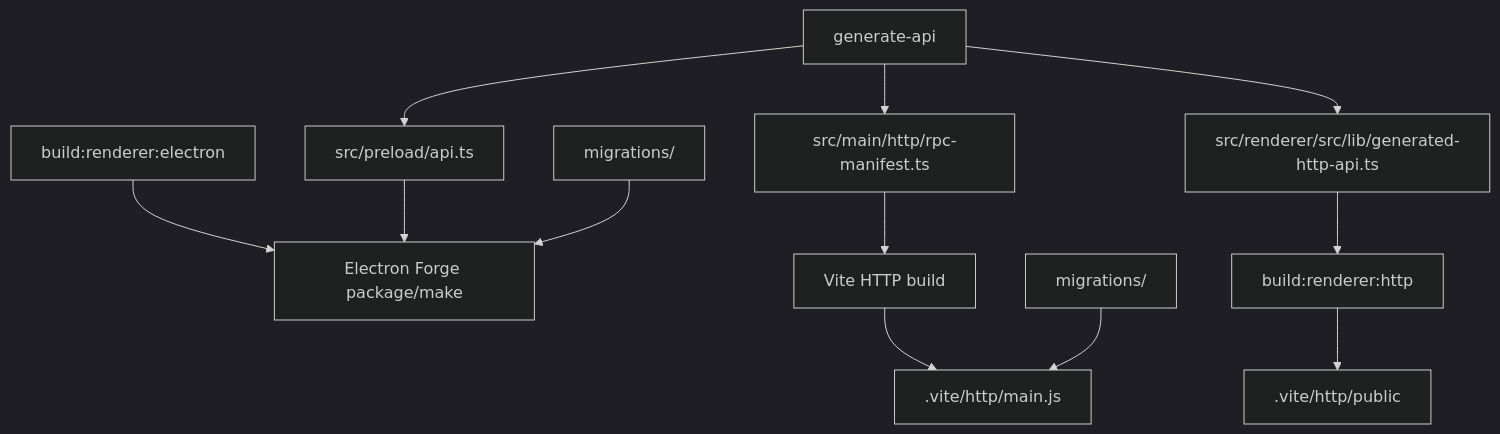
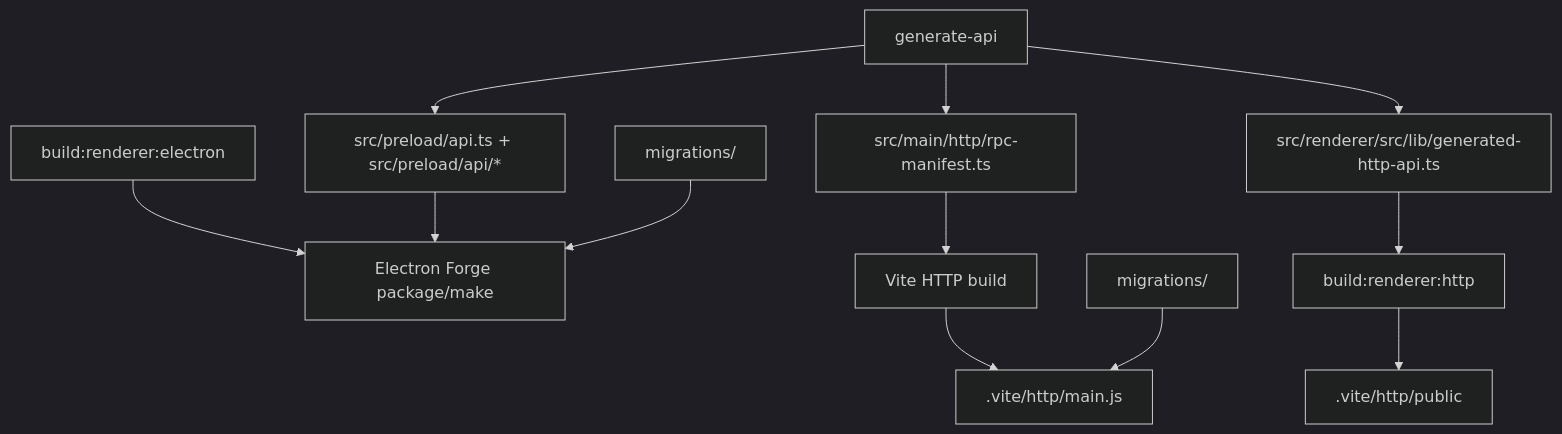
One commit to cosmo-cp/cosmo-studio changed the diagram in docs/specs/dual-runtime/build-packaging.md. Above: the diagram before and after it, drawn with Mermaid (dark theme). The commit also changed other lines of this file and 21 other files, not shown here.

First line of the commit message:
Expand generated preload API files (#207)

````diff
--- a/docs/specs/dual-runtime/build-packaging.md
+++ b/docs/specs/dual-runtime/build-packaging.md
@@ -24,16 +24,16 @@
 ```mermaid
 flowchart TD
-  Gen["generate-api"] --> Preload["src/preload/api.ts"]
+  Gen["generate-api"] --> Preload["src/preload/api.ts + src/preload/api/*"]
   Gen --> Manifest["src/main/http/rpc-manifest.ts"]
   Gen --> Client["src/renderer/src/lib/generated-http-api.ts"]
 
   RendererElectron["build:renderer:electron"] --> Forge["Electron Forge package/make"]
   Preload --> Forge
   MigrationsA["migrations/"] --> Forge
 
   RendererHttp["build:renderer:http"] --> HttpPublic[".vite/http/public"]
   Manifest --> HttpBuild["Vite HTTP build"]
   Client --> RendererHttp
   HttpBuild --> HttpDist[".vite/http/main.js"]
   MigrationsB["migrations/"] --> HttpDist
 ```
````
